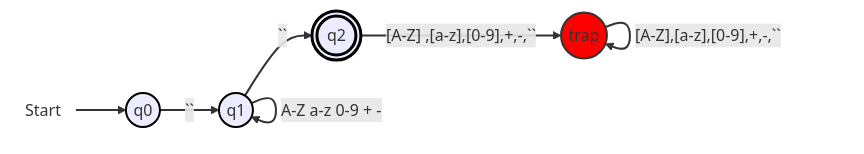
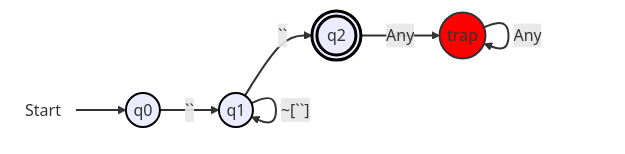
Before and after one commit to CS-Tiny-Compiler/a-tiny-compiler: the third of 9 diagrams in docs/DFA.md, drawn with Mermaid. The commit also changed other lines of this file, not shown here.

````diff
--- a/docs/DFA.md
+++ b/docs/DFA.md
@@ -61,25 +69,25 @@
 ```mermaid
 flowchart LR
   start(((Start))):::startNode --> q0(("q0")):::normal
 
   q0 --> |``| q1(("q1")):::normal
 
-  q1 --> |"A-Z a-z 0-9 + -"| q1
+  q1 --> |"~[``]"| q1
   q1 --> |``| q2((("q2"))):::finalState
   
 
-  q2 --> |"[A-Z] ,[a-z],[0-9],+,-,``"| q3(("trap")):::trapState  
+  q2 --> |"Any"| q3(("trap")):::trapState  
 
-  q3 --> |"[A-Z],[a-z],[0-9],+,-,``"| q3  
+  q3 --> |"Any"| q3  
 
   classDef startNode fill:none,stroke:none;
   classDef normal stroke:#000,stroke-width:2px;
   classDef finalState stroke:#000,stroke-width:3px;
   classDef trapState fill:red,stroke:#333,stroke-width:2px;
 
   linkStyle 0 stroke-width:2px;
   linkStyle 1,2,3,4,5 stroke:#333,stroke-width:2px,fill:none;
 
 
 
 ```
````
